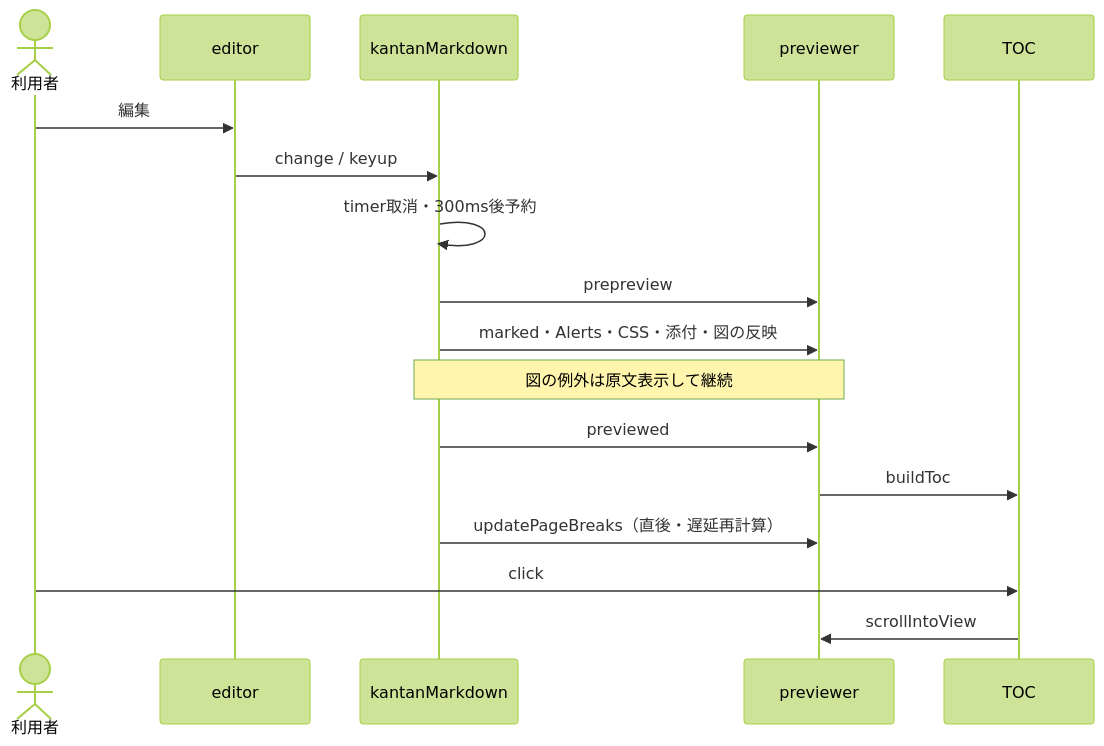
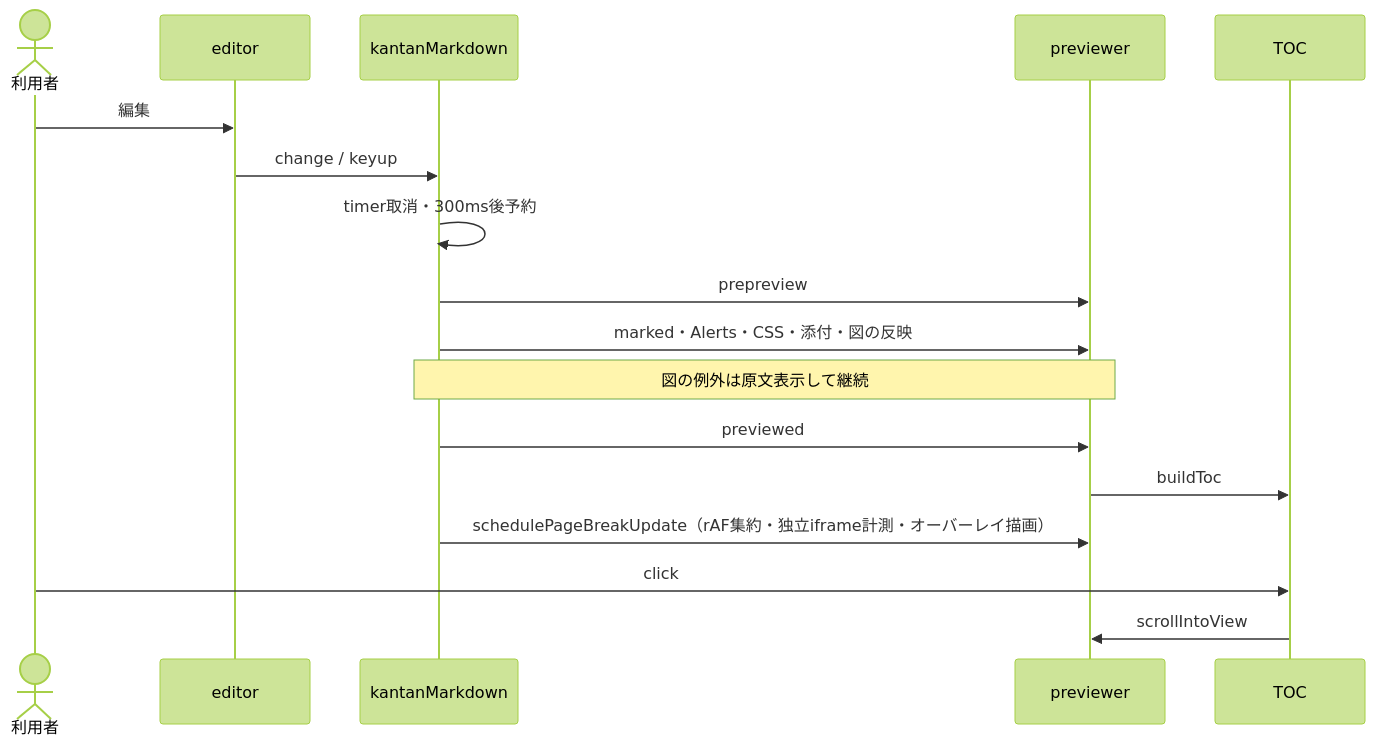
Before and after one commit to hiro-gj/KanTanMarkdown: the first of 3 diagrams in .gear/3_詳細設計/33_シーケンス図.md, drawn with Mermaid (forest theme). The commit also changed 27 other files, not shown here.

````diff
--- a/.gear/3_詳細設計/33_シーケンス図.md
+++ b/.gear/3_詳細設計/33_シーケンス図.md
@@ -4,19 +4,19 @@
 ```mermaid
 sequenceDiagram
  actor U as 利用者
  participant E as editor
  participant C as kantanMarkdown
  participant P as previewer
  participant T as TOC
  U->>E: 編集
  E->>C: change / keyup
  C->>C: timer取消・300ms後予約
  C->>P: prepreview
  C->>P: marked・Alerts・CSS・添付・図の反映
  Note over C,P: 図の例外は原文表示して継続
  C->>P: previewed
  P->>T: buildToc
- C->>P: updatePageBreaks（直後・遅延再計算）
+ C->>P: schedulePageBreakUpdate（rAF集約・独立iframe計測・オーバーレイ描画）
  U->>T: click
  T->>P: scrollIntoView
 ```
````
